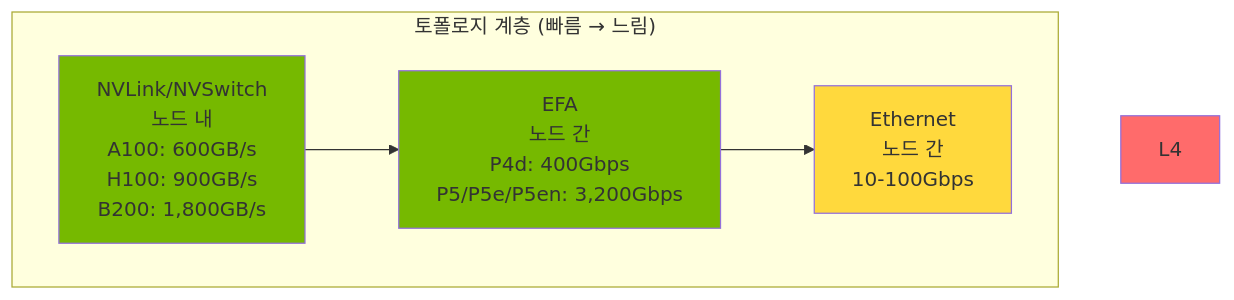
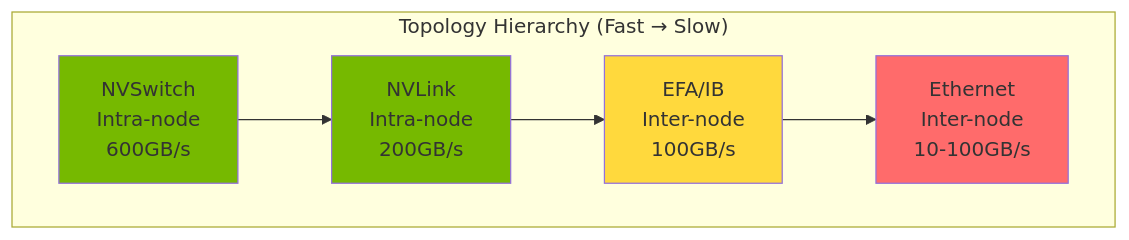
The sixth of 6 diagrams in docs/agentic-ai-platform/model-serving/inference-frameworks/nemo-framework.md (devfloor9/engineering-playbook), drawn with Mermaid before and after one commit. The commit also changed other lines of this file and 954 other files, not shown here.

````diff
--- a/docs/agentic-ai-platform/model-serving/inference-frameworks/nemo-framework.md
+++ b/docs/agentic-ai-platform/model-serving/inference-frameworks/nemo-framework.md
@@ -521,15 +512,16 @@
 ```mermaid
 flowchart TB
-    subgraph Topo["토폴로지 계층 (빠름 → 느림)"]
-        L1[NVLink/NVSwitch<br/>노드 내<br/>A100: 600GB/s<br/>H100: 900GB/s<br/>B200: 1,800GB/s]
-        L2[EFA<br/>노드 간<br/>P4d: 400Gbps<br/>P5/P5e/P5en: 3,200Gbps]
-        L3[Ethernet<br/>노드 간<br/>10-100Gbps]
+    subgraph Topo["Topology Hierarchy (Fast → Slow)"]
+        L1[NVSwitch<br/>Intra-node<br/>600GB/s]
+        L2[NVLink<br/>Intra-node<br/>200GB/s]
+        L3[EFA/IB<br/>Inter-node<br/>100GB/s]
+        L4[Ethernet<br/>Inter-node<br/>10-100GB/s]
 
-        L1 --> L2 --> L3
+        L1 --> L2 --> L3 --> L4
     end
 
     style L1 fill:#76b900
     style L2 fill:#76b900
     style L3 fill:#ffd93d
     style L4 fill:#ff6b6b
 ```
````
